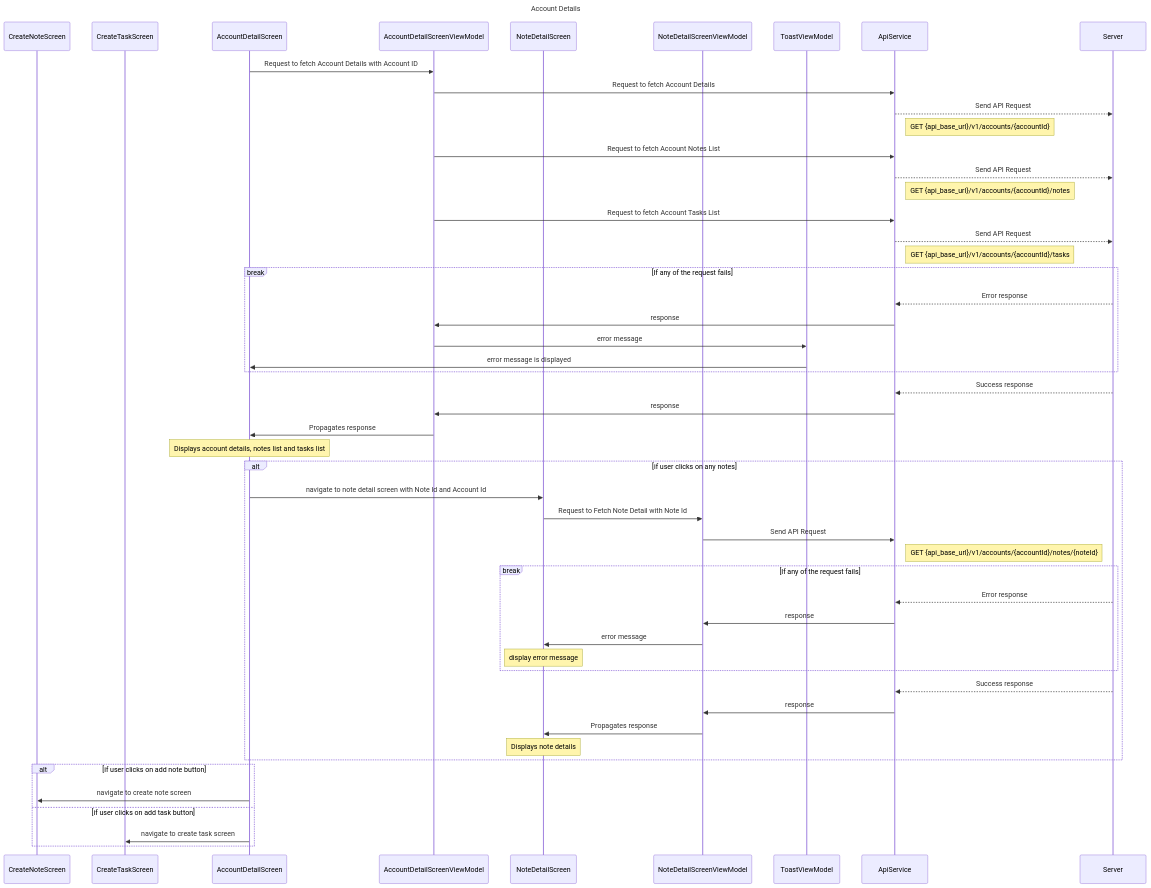
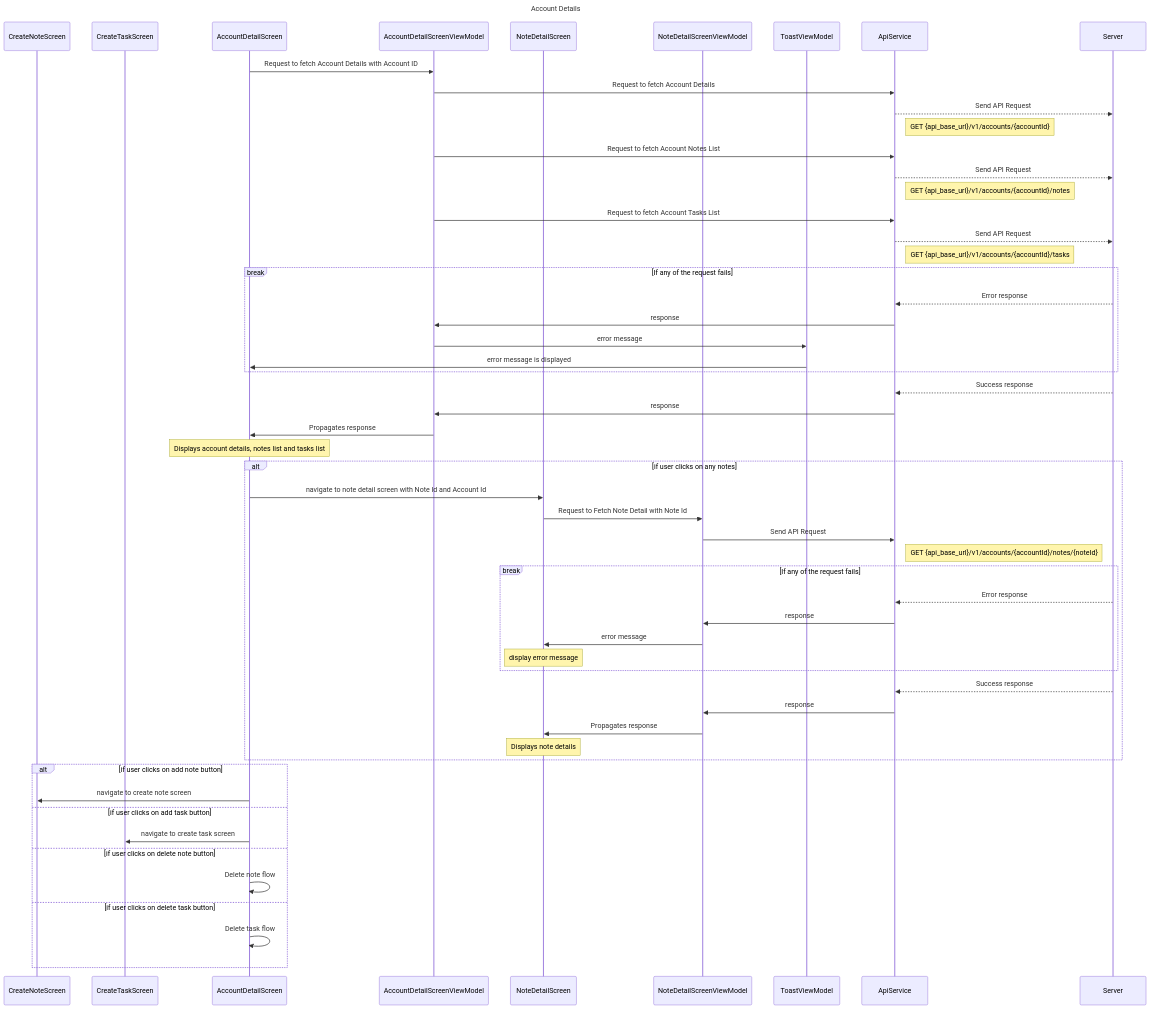
The diagram in flowDiagrams/IOS/AccountDetailScreen.mermaid (TrueSparrowSystems/AI-SalesSparrow-Docs), drawn with Mermaid before and after one commit. The commit also changed 1 other file, not shown here.

Commit message:
added delete note flow for ios

```diff
--- a/flowDiagrams/IOS/AccountDetailScreen.mermaid
+++ b/flowDiagrams/IOS/AccountDetailScreen.mermaid
@@ -1,64 +1,68 @@
 sequenceDiagram
     title Account Details
 
     participant CNS as CreateNoteScreen
     participant CTS as CreateTaskScreen
     participant ADS as AccountDetailScreen
     participant ADSVM as AccountDetailScreenViewModel
     participant NDS as NoteDetailScreen
     participant NDSVM as NoteDetailScreenViewModel
     participant TVM as ToastViewModel
     participant AS as ApiService
     participant S as Server
 
 
     ADS->>ADSVM: Request to fetch Account Details with Account ID
     ADSVM->>AS: Request to fetch Account Details
     AS-->>S: Send API Request
     note right of AS: GET {api_base_url}/v1/accounts/{accountId}
     ADSVM->>AS: Request to fetch Account Notes List
     AS-->>S: Send API Request
     note right of AS: GET {api_base_url}/v1/accounts/{accountId}/notes
     ADSVM->>AS: Request to fetch Account Tasks List
     AS-->>S: Send API Request
     note right of AS: GET {api_base_url}/v1/accounts/{accountId}/tasks
     
 
     break If any of the request fails
         S-->>AS: Error response
         AS->>ADSVM: response
         ADSVM->>TVM: error message
         TVM->>ADS: error message is displayed
     end
     
     S-->>AS: Success response
     AS->>ADSVM: response
     ADSVM->>ADS: Propagates response
     note over ADS: Displays account details, notes list and tasks list
 
     alt if user clicks on any notes 
         ADS ->> NDS: navigate to note detail screen with Note Id and Account Id
         NDS ->> NDSVM: Request to Fetch Note Detail with Note Id
         NDSVM ->> AS: Send API Request
         note right of AS: GET {api_base_url}/v1/accounts/{accountId}/notes/{noteId}
 
         break If any of the request fails
             S-->>AS: Error response
             AS->>NDSVM: response
             NDSVM->>NDS: error message
             note over NDS: display error message
 
         end
 
         S-->>AS: Success response
         AS->>NDSVM: response
         NDSVM->>NDS: Propagates response
         note over NDS: Displays note details
 
     end
 
     alt if user clicks on add note button
         ADS ->> CNS: navigate to create note screen
     else if user clicks on add task button
         ADS ->> CTS: navigate to create task screen
+    else if user clicks on delete note button
+        ADS->>ADS: Delete note flow
+    else if user clicks on delete task button
+        ADS->>ADS: Delete task flow
     end
```
